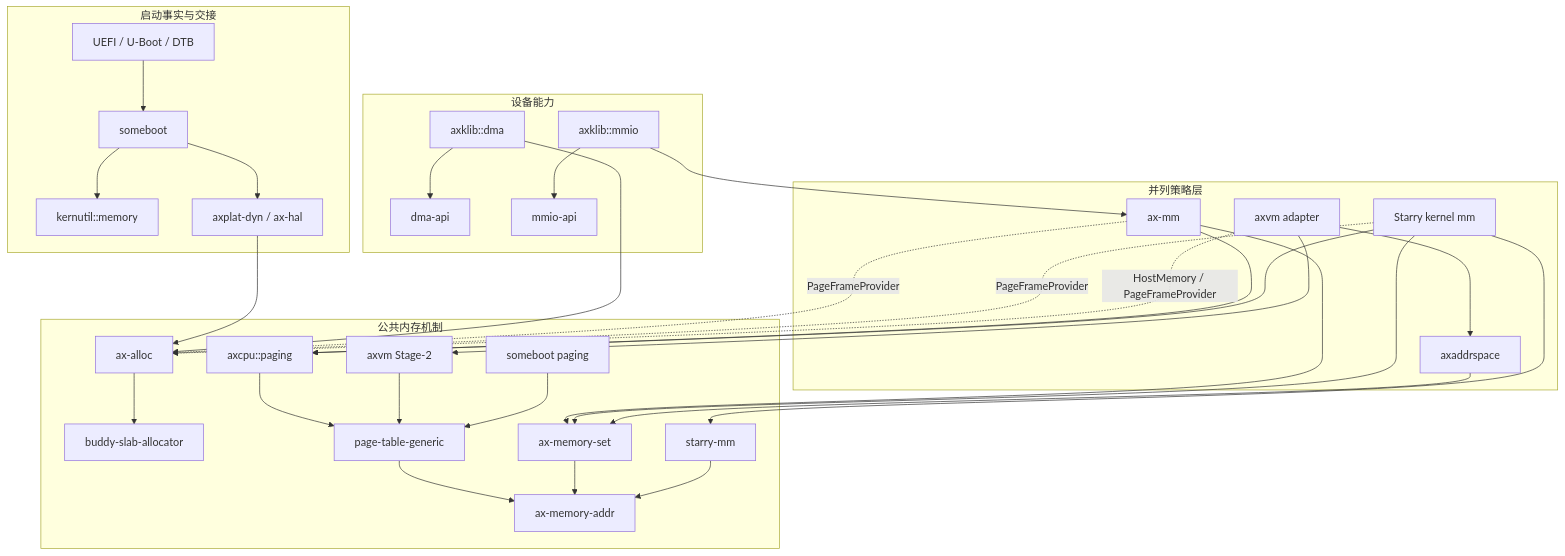
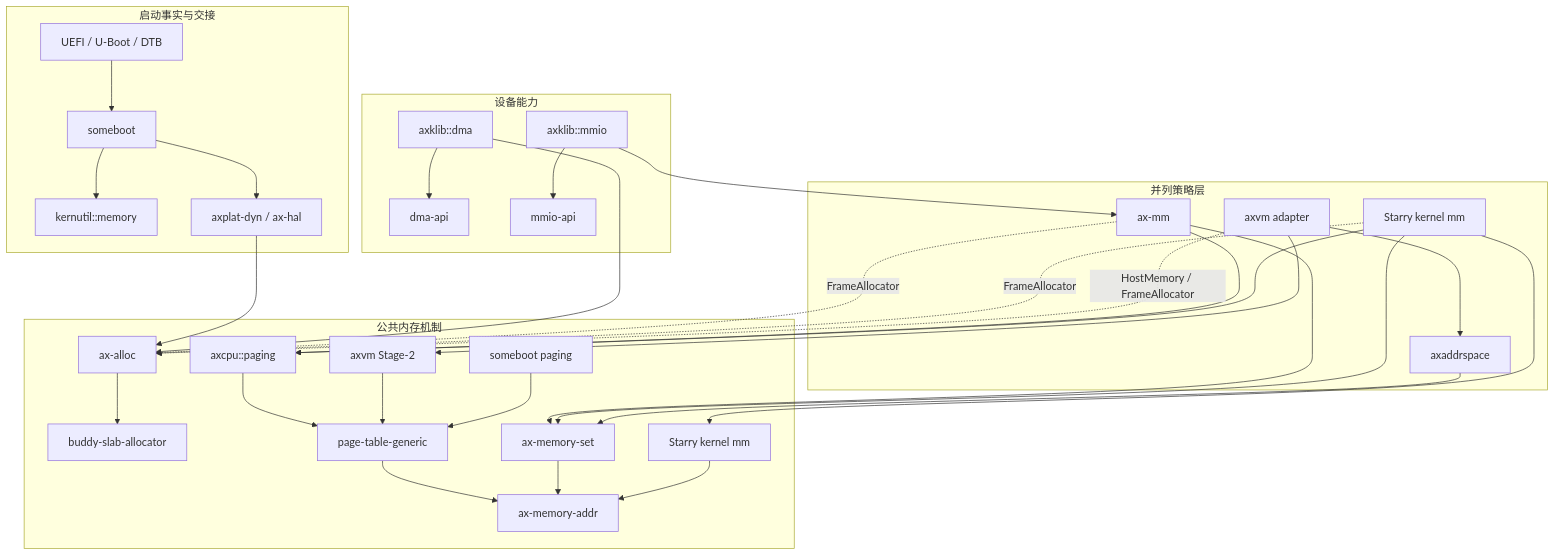
One commit to rcore-os/tgoskits changed the diagram in docs/docs/architecture/memory/source-map.md. Above: the diagram before and after it, drawn with Mermaid. The commit also changed other lines of this file and 13 other files, not shown here.

Commit message:
docs(memory): align architecture docs with actual implementation

````diff
--- a/docs/docs/architecture/memory/source-map.md
+++ b/docs/docs/architecture/memory/source-map.md
@@ -63,44 +64,44 @@
 ```mermaid
 flowchart TB
     subgraph Boot["启动事实与交接"]
         FW["UEFI / U-Boot / DTB"] --> SB["someboot"]
         SB --> KU["kernutil::memory"]
         SB --> PLAT["axplat-dyn / ax-hal"]
     end
 
     subgraph Core["公共内存机制"]
         ADDR["ax-memory-addr"]
         ALLOC["ax-alloc"] --> BUDDY["buddy-slab-allocator"]
         COREPT["page-table-generic"] --> ADDR
         HOSTPT["axcpu::paging"] --> COREPT
         GUESTPT["axvm Stage-2"] --> COREPT
         BOOTPT["someboot paging"] --> COREPT
         SET["ax-memory-set"] --> ADDR
-        SMM["starry-mm"] --> ADDR
+        SMM["Starry kernel mm"] --> ADDR
     end
 
     subgraph Policy["并列策略层"]
         AXMM["ax-mm"] --> SET
         AXMM --> HOSTPT
         STARRY["Starry kernel mm"] --> SMM
         STARRY --> SET
         STARRY --> HOSTPT
         GUEST["axaddrspace"] --> SET
         AXVM["axvm adapter"] --> GUEST
         AXVM --> GUESTPT
     end
 
     subgraph Device["设备能力"]
         DMA["dma-api"]
         MMIO["mmio-api"]
         KDMA["axklib::dma"] --> DMA
         KMMIO["axklib::mmio"] --> MMIO
     end
 
     PLAT --> ALLOC
-    AXMM -. "PageFrameProvider" .-> ALLOC
-    STARRY -. "PageFrameProvider" .-> ALLOC
-    AXVM -. "HostMemory / PageFrameProvider" .-> ALLOC
+    AXMM -. "FrameAllocator" .-> ALLOC
+    STARRY -. "FrameAllocator" .-> ALLOC
+    AXVM -. "HostMemory / FrameAllocator" .-> ALLOC
     KDMA --> ALLOC
     KMMIO --> AXMM
 ```
````
